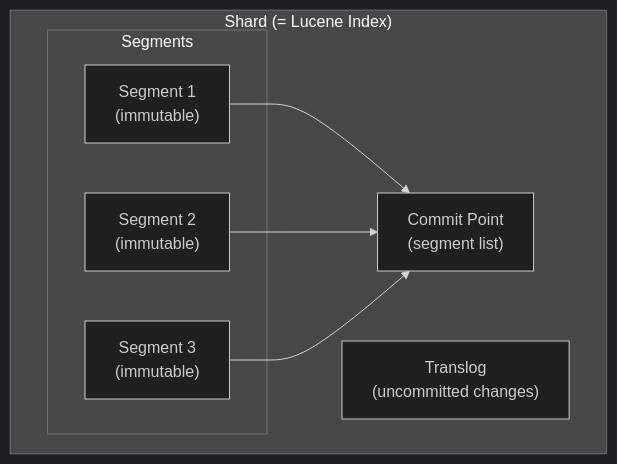
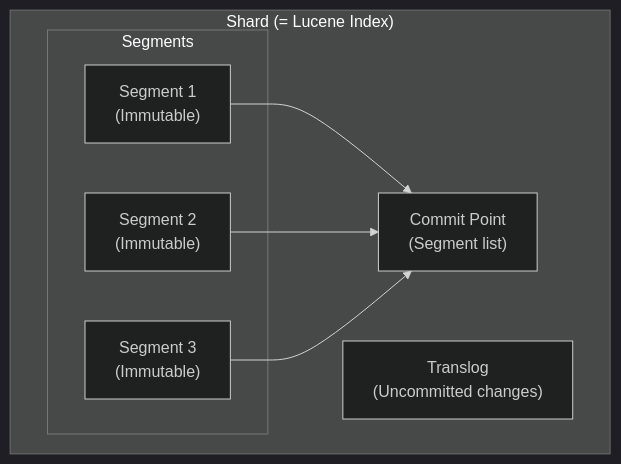
Before and after one commit to advanced-beginner/advanced-beginner.github.io: the fourth of 7 diagrams in content/en/docs/elasticsearch/concepts/core-components.md, drawn with Mermaid (dark theme). The commit also changed other lines of this file and 21 other files, not shown here.

````diff
--- a/content/en/docs/elasticsearch/concepts/core-components.md
+++ b/content/en/docs/elasticsearch/concepts/core-components.md
@@ -323,16 +376,16 @@
 ```mermaid
 flowchart TB
     subgraph Shard["Shard (= Lucene Index)"]
         subgraph Segments["Segments"]
-            S1["Segment 1<br>(immutable)"]
-            S2["Segment 2<br>(immutable)"]
-            S3["Segment 3<br>(immutable)"]
+            S1["Segment 1<br>(Immutable)"]
+            S2["Segment 2<br>(Immutable)"]
+            S3["Segment 3<br>(Immutable)"]
         end
-        Commit["Commit Point<br>(segment list)"]
-        Translog["Translog<br>(uncommitted changes)"]
+        Commit["Commit Point<br>(Segment list)"]
+        Translog["Translog<br>(Uncommitted changes)"]
     end
 
     S1 --> Commit
     S2 --> Commit
     S3 --> Commit
 ```
````
